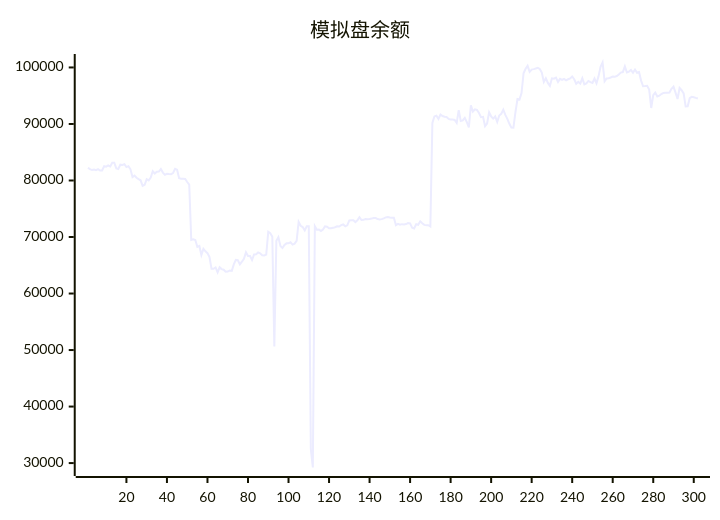
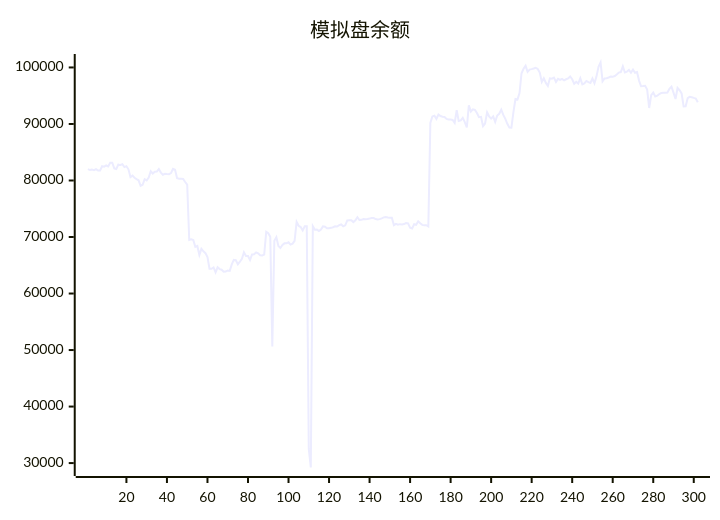
The diagram in README.md (aahl/ai-trading), drawn with Mermaid before and after one commit. The commit also changed other lines of this file and 1 other file, not shown here.

````diff
--- a/README.md
+++ b/README.md
@@ -5,5 +5,5 @@
 ```mermaid
 xychart
     title "模拟盘余额"
-    line [82254,82006,81848,81955,81829,82022,81769,81776,82522,82441,82656,82498,83144,83144,82150,82038,82797,82763,82872,82367,82536,81981,80612,80862,80484,80242,80034,79063,79245,80226,80016,80507,81625,81233,81544,81578,82016,81401,81019,81186,81130,81118,81306,82066,81909,80392,80304,80291,80258,79729,79261,69466,69579,69456,68251,68415,66832,67911,67462,67144,66432,64380,64375,64606,63740,64647,64324,64216,63842,63877,64078,64008,65156,65945,65888,65157,65625,66144,67284,66653,66639,65924,66925,66956,67263,67108,66766,66729,66886,70927,70673,70049,50652,69334,69973,68400,68061,68578,68876,68879,69055,68662,68822,69329,72687,71999,71760,71162,71911,71896,32500,29218,71927,71297,71305,71044,71337,71883,71822,71536,71536,71622,71723,71880,71860,72100,72216,71887,72077,72940,72976,72966,72638,72948,73497,73004,73041,73173,73160,73186,73258,73375,73351,73173,73098,73161,73305,73474,73536,73457,73413,73412,72100,72333,72164,72272,72204,72285,72461,72421,71652,71521,72267,72157,72774,72424,72144,72060,72091,71858,90185,91338,91466,90900,91678,91404,91268,91244,90903,90779,90787,90721,90187,92429,90518,90619,91070,90328,89376,93286,92202,92581,92485,91947,91196,91259,89619,90086,92063,91355,90950,91327,90373,91498,91800,92531,91603,90910,90031,89351,89334,92097,94406,94315,95455,98972,99763,100286,99229,99622,99701,99805,99938,99738,99082,97430,98094,97267,96741,98081,98013,98194,97447,97983,97789,97969,97729,97911,98043,98405,97912,97120,97448,97154,98095,97021,97190,97616,97402,97263,98035,97210,98424,100120,100876,97552,98049,98085,98228,98388,98342,98488,98750,99086,99181,100188,99107,99272,99553,99072,99636,99061,99186,97674,96679,96704,96743,96096,92830,95088,95560,94866,94995,95295,95497,95531,95527,95559,96236,96597,95538,94422,96363,95972,95418,93094,93128,94558,94795,94727,94611,94508]
+    line [82006,81848,81955,81829,82022,81769,81776,82522,82441,82656,82498,83144,83144,82150,82038,82797,82763,82872,82367,82536,81981,80612,80862,80484,80242,80034,79063,79245,80226,80016,80507,81625,81233,81544,81578,82016,81401,81019,81186,81130,81118,81306,82066,81909,80392,80304,80291,80258,79729,79261,69466,69579,69456,68251,68415,66832,67911,67462,67144,66432,64380,64375,64606,63740,64647,64324,64216,63842,63877,64078,64008,65156,65945,65888,65157,65625,66144,67284,66653,66639,65924,66925,66956,67263,67108,66766,66729,66886,70927,70673,70049,50652,69334,69973,68400,68061,68578,68876,68879,69055,68662,68822,69329,72687,71999,71760,71162,71911,71896,32500,29218,71927,71297,71305,71044,71337,71883,71822,71536,71536,71622,71723,71880,71860,72100,72216,71887,72077,72940,72976,72966,72638,72948,73497,73004,73041,73173,73160,73186,73258,73375,73351,73173,73098,73161,73305,73474,73536,73457,73413,73412,72100,72333,72164,72272,72204,72285,72461,72421,71652,71521,72267,72157,72774,72424,72144,72060,72091,71858,90185,91338,91466,90900,91678,91404,91268,91244,90903,90779,90787,90721,90187,92429,90518,90619,91070,90328,89376,93286,92202,92581,92485,91947,91196,91259,89619,90086,92063,91355,90950,91327,90373,91498,91800,92531,91603,90910,90031,89351,89334,92097,94406,94315,95455,98972,99763,100286,99229,99622,99701,99805,99938,99738,99082,97430,98094,97267,96741,98081,98013,98194,97447,97983,97789,97969,97729,97911,98043,98405,97912,97120,97448,97154,98095,97021,97190,97616,97402,97263,98035,97210,98424,100120,100876,97552,98049,98085,98228,98388,98342,98488,98750,99086,99181,100188,99107,99272,99553,99072,99636,99061,99186,97674,96679,96704,96743,96096,92830,95088,95560,94866,94995,95295,95497,95531,95527,95559,96236,96597,95538,94422,96363,95972,95418,93094,93128,94558,94795,94727,94611,94508,93856]
 ```
````
